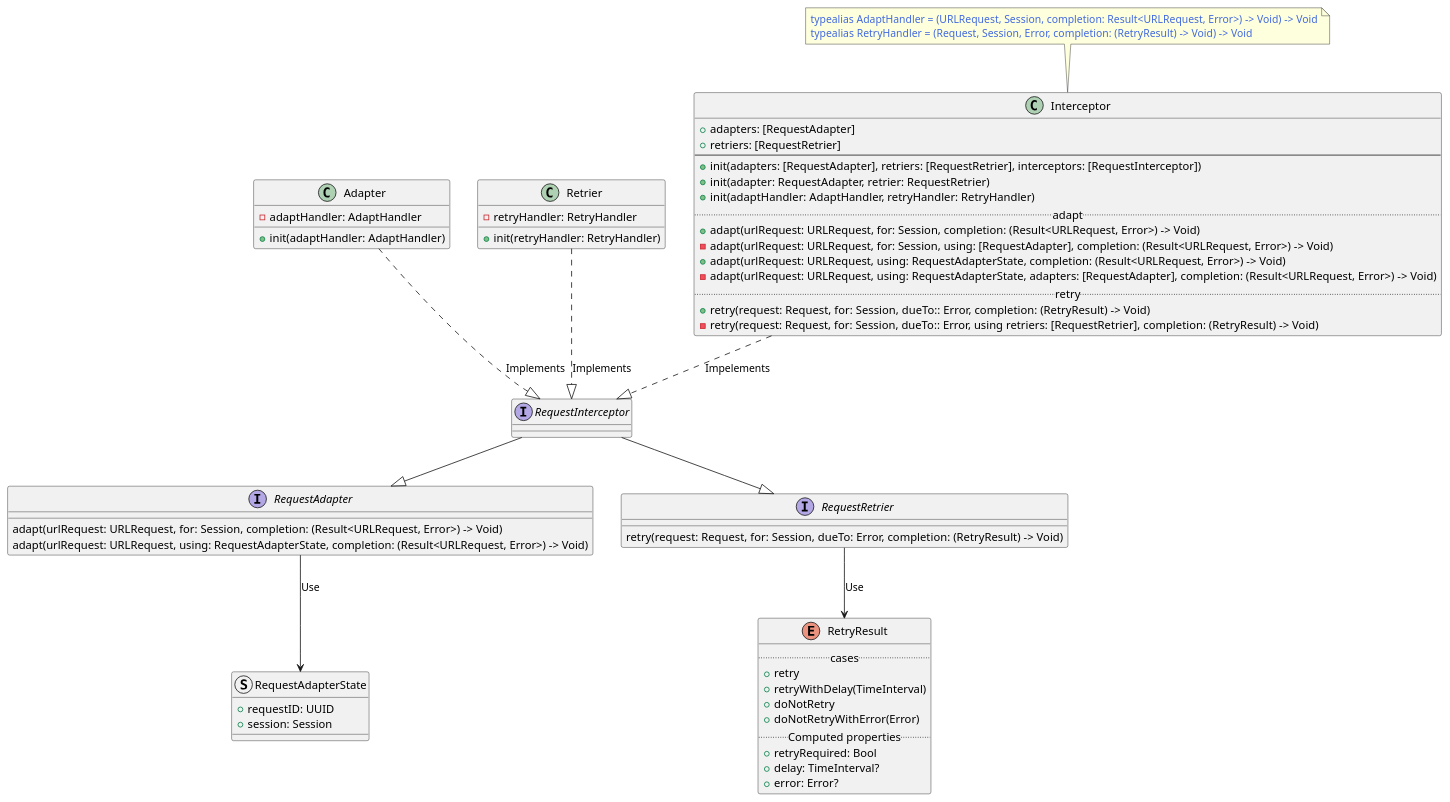
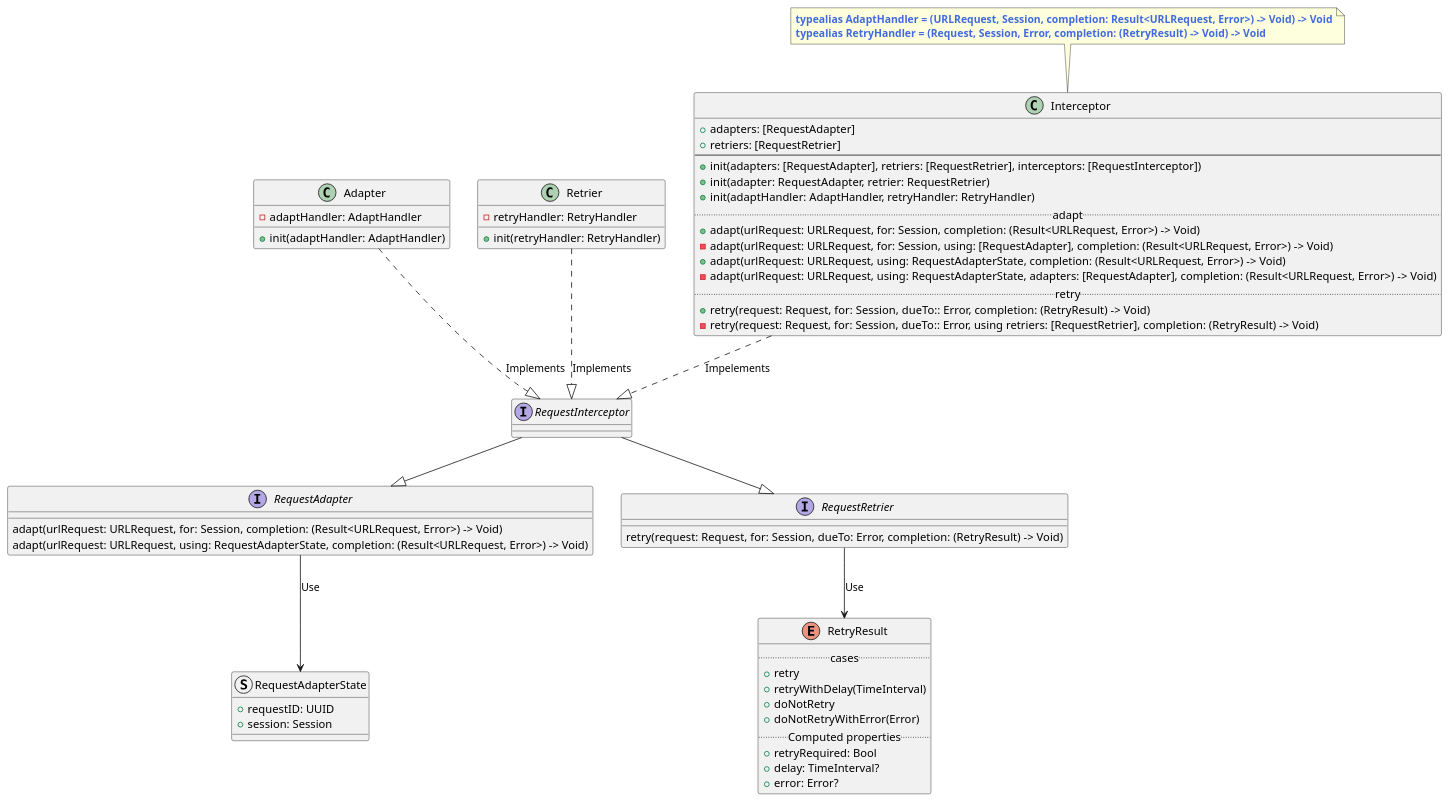
The diagram in Diagram/Alamofire/Alamofire-RequestInterceptor.puml (Huang-Libo/Notebook), drawn with PlantUML before and after one commit.

```diff
--- a/Diagram/Alamofire/Alamofire-RequestInterceptor.puml
+++ b/Diagram/Alamofire/Alamofire-RequestInterceptor.puml
@@ -1,79 +1,79 @@
 @startuml Alamofire-RequestInterceptor
 
 struct RequestAdapterState {
     + requestID: UUID
     + session: Session
 }
 
 enum RetryResult {
     .. cases ..
     + retry
     + {field} retryWithDelay(TimeInterval)
     + doNotRetry
     + {field} doNotRetryWithError(Error)
     .. Computed properties ..
     + retryRequired: Bool
     + delay: TimeInterval?
     + error: Error?
 }
 
 interface RequestInterceptor {
 
 }
 
 interface RequestAdapter {
     adapt(urlRequest: URLRequest, for: Session, completion: (Result<URLRequest, Error>) -> Void)
     adapt(urlRequest: URLRequest, using: RequestAdapterState, completion: (Result<URLRequest, Error>) -> Void)
 }
 
 interface RequestRetrier {
     retry(request: Request, for: Session, dueTo: Error, completion: (RetryResult) -> Void)
 }
 
 RequestInterceptor --|> RequestAdapter
 RequestInterceptor --|> RequestRetrier
 
 RequestAdapter --> RequestAdapterState: Use
 RequestRetrier --> RetryResult: Use
 
 class Adapter {
     - adaptHandler: AdaptHandler
     + init(adaptHandler: AdaptHandler)
 }
 
 Adapter ..|> RequestInterceptor: Implements
 
 class Retrier {
     - retryHandler: RetryHandler
     + init(retryHandler: RetryHandler)
 }
 
 note as N1
-  <color:royalBlue>typealias AdaptHandler = (URLRequest, Session, completion: Result<URLRequest, Error>) -> Void) -> Void</color>
-  <color:royalBlue>typealias RetryHandler = (Request, Session, Error, completion: (RetryResult) -> Void) -> Void</color>
+  <b><color:royalBlue>typealias AdaptHandler = (URLRequest, Session, completion: Result<URLRequest, Error>) -> Void) -> Void</color></b>
+  <b><color:royalBlue>typealias RetryHandler = (Request, Session, Error, completion: (RetryResult) -> Void) -> Void</color></b>
 end note
 
 N1 .. Interceptor
 
 Retrier ..|> RequestInterceptor: Implements
 
 class Interceptor {
     + adapters: [RequestAdapter]
     + retriers: [RequestRetrier]
     --
     + init(adapters: [RequestAdapter], retriers: [RequestRetrier], interceptors: [RequestInterceptor])
     + init(adapter: RequestAdapter, retrier: RequestRetrier)
     + init(adaptHandler: AdaptHandler, retryHandler: RetryHandler)
     .. adapt ..
     + adapt(urlRequest: URLRequest, for: Session, completion: (Result<URLRequest, Error>) -> Void)
     - adapt(urlRequest: URLRequest, for: Session, using: [RequestAdapter], completion: (Result<URLRequest, Error>) -> Void)
     + adapt(urlRequest: URLRequest, using: RequestAdapterState, completion: (Result<URLRequest, Error>) -> Void)
     - adapt(urlRequest: URLRequest, using: RequestAdapterState, adapters: [RequestAdapter], completion: (Result<URLRequest, Error>) -> Void)
     .. retry ..
     + retry(request: Request, for: Session, dueTo:: Error, completion: (RetryResult) -> Void)
     - retry(request: Request, for: Session, dueTo:: Error, using retriers: [RequestRetrier], completion: (RetryResult) -> Void)
 }
 
 Interceptor ..|> RequestInterceptor: Impelements
 
 @enduml
```
